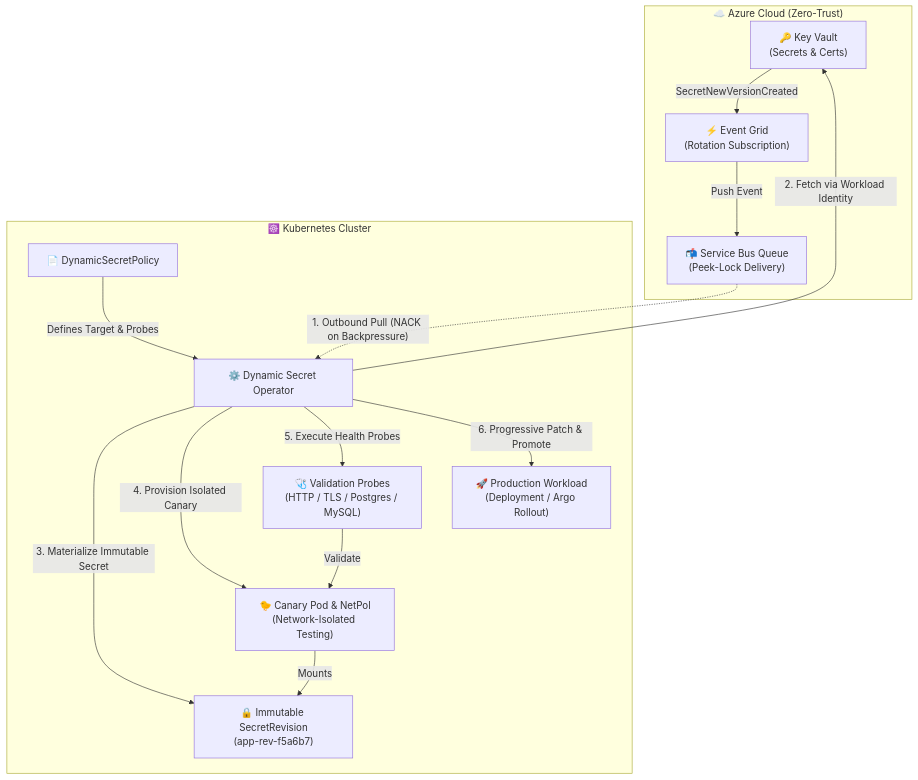
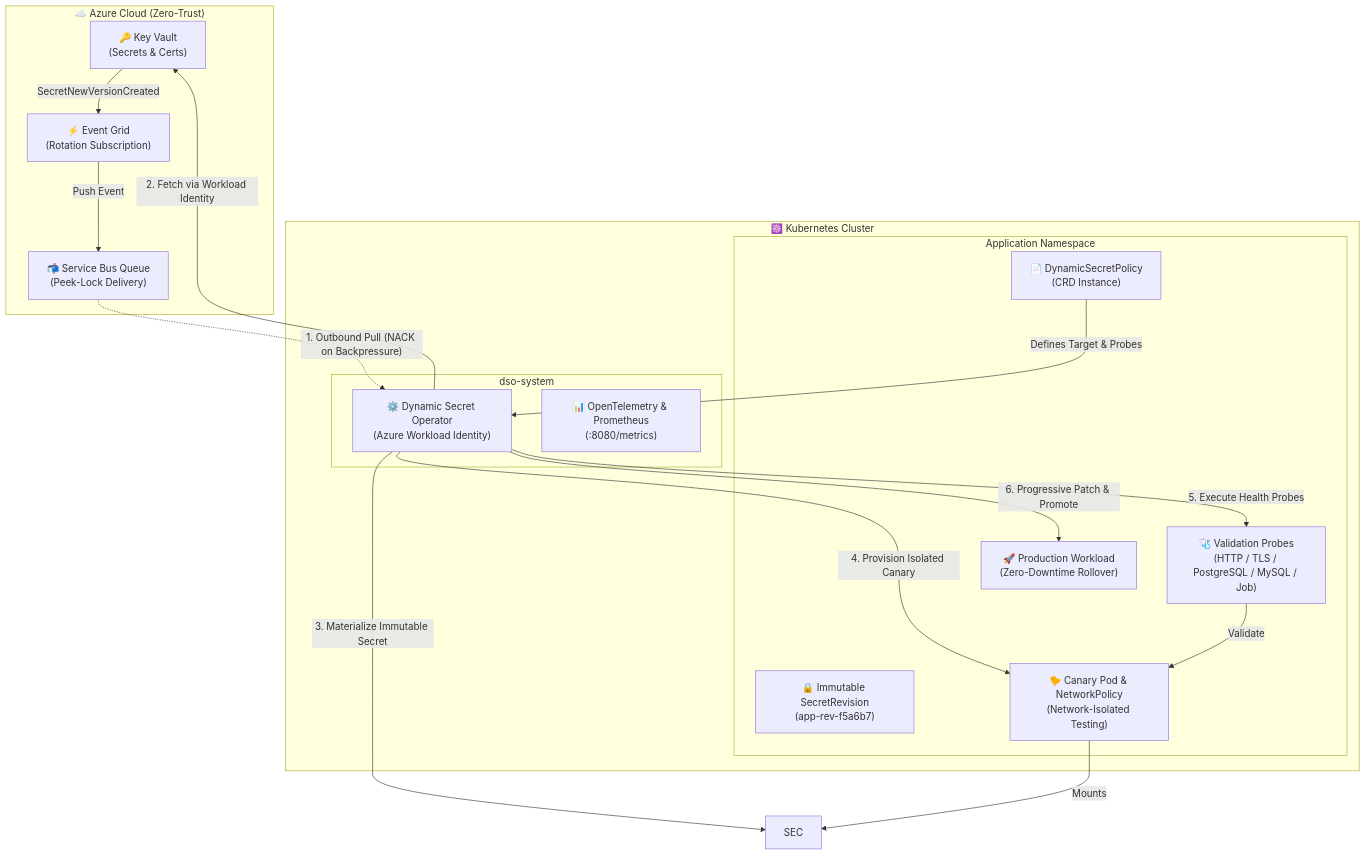
The diagram in README.md (quantumsys-dev/dynamic-secret-operator), drawn with Mermaid before and after one commit. The commit also changed other lines of this file and 45 other files, not shown here.

Commit message:
feat(probes): implement job-based validation probe engine and redis example (#40)

````diff
--- a/README.md
+++ b/README.md
@@ -31,29 +31,35 @@
 ```mermaid
 flowchart TD
     subgraph Azure Cloud ["☁️ Azure Cloud (Zero-Trust)"]
         AKV["🔑 Key Vault<br/>(Secrets & Certs)"]
         AEG["⚡ Event Grid<br/>(Rotation Subscription)"]
         ASB["📬 Service Bus Queue<br/>(Peek-Lock Delivery)"]
         AKV -->|"SecretNewVersionCreated"| AEG
         AEG -->|"Push Event"| ASB
     end
 
     subgraph K8s Cluster ["☸️ Kubernetes Cluster"]
-        DSO["⚙️ Dynamic Secret Operator"]
-        CRD["📄 DynamicSecretPolicy"]
-        SEC["🔒 Immutable SecretRevision<br/>(app-rev-f5a6b7)"]
-        CANARY["🐤 Canary Pod & NetPol<br/>(Network-Isolated Testing)"]
-        PROBES["🩺 Validation Probes<br/>(HTTP / TLS / Postgres / MySQL)"]
-        PROD["🚀 Production Workload<br/>(Deployment / Argo Rollout)"]
+        subgraph DSO Namespace ["dso-system"]
+            DSO["⚙️ Dynamic Secret Operator<br/>(Azure Workload Identity)"]
+            OTEL["📊 OpenTelemetry & Prometheus<br/>(:8080/metrics)"]
+        end
+
+        subgraph App Namespace ["Application Namespace"]
+            CRD["📄 DynamicSecretPolicy<br/>(CRD Instance)"]
+            SEC_NEW["🔒 Immutable SecretRevision<br/>(app-rev-f5a6b7)"]
+            CANARY["🐤 Canary Pod & NetworkPolicy<br/>(Network-Isolated Testing)"]
+            PROBES["🩺 Validation Probes<br/>(HTTP / TLS / PostgreSQL / MySQL / Job)"]
+            PROD["🚀 Production Workload<br/>(Zero-Downtime Rollover)"]
+        end
     end
 
     ASB -.->|"1. Outbound Pull (NACK on Backpressure)"| DSO
     DSO -->|"2. Fetch via Workload Identity"| AKV
     CRD -->|"Defines Target & Probes"| DSO
     DSO -->|"3. Materialize Immutable Secret"| SEC
     DSO -->|"4. Provision Isolated Canary"| CANARY
     CANARY -->|"Mounts"| SEC
     DSO -->|"5. Execute Health Probes"| PROBES
     PROBES -->|"Validate"| CANARY
     DSO -->|"6. Progressive Patch & Promote"| PROD
 ```
````
